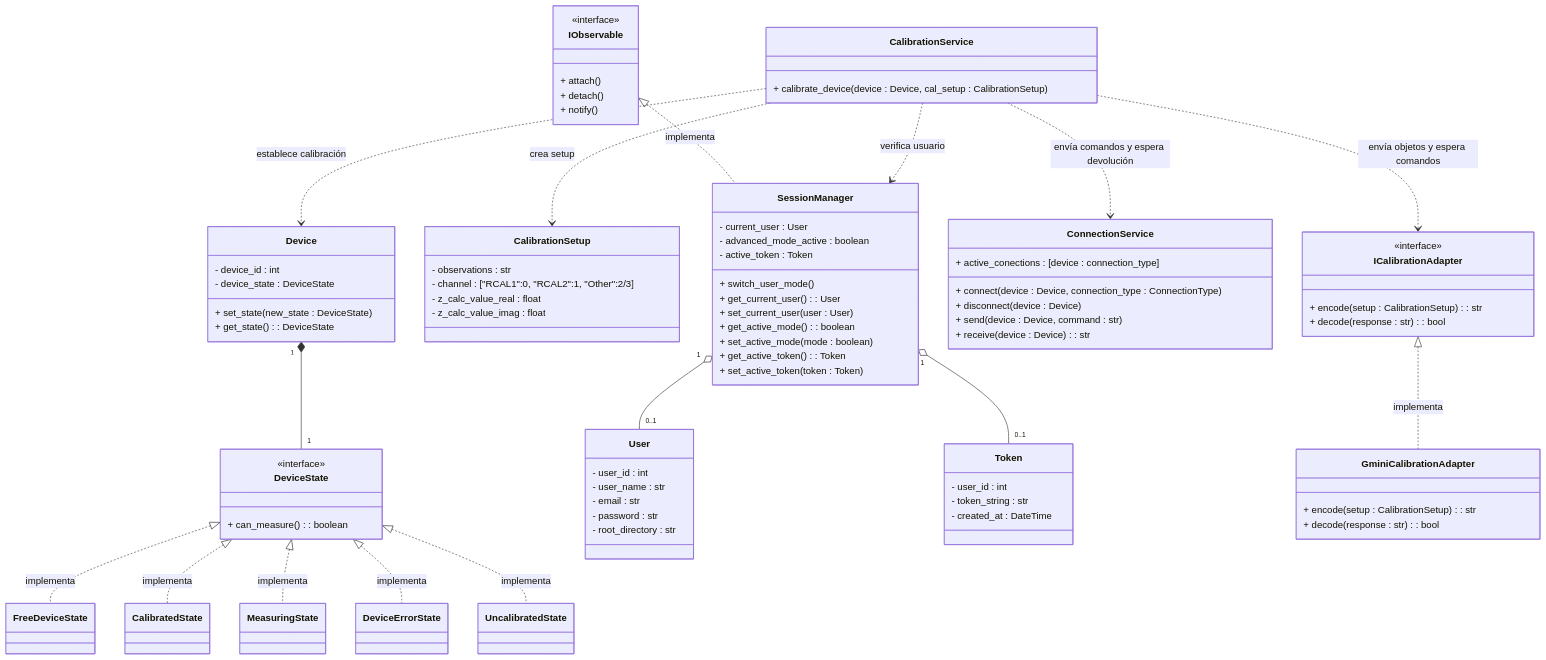
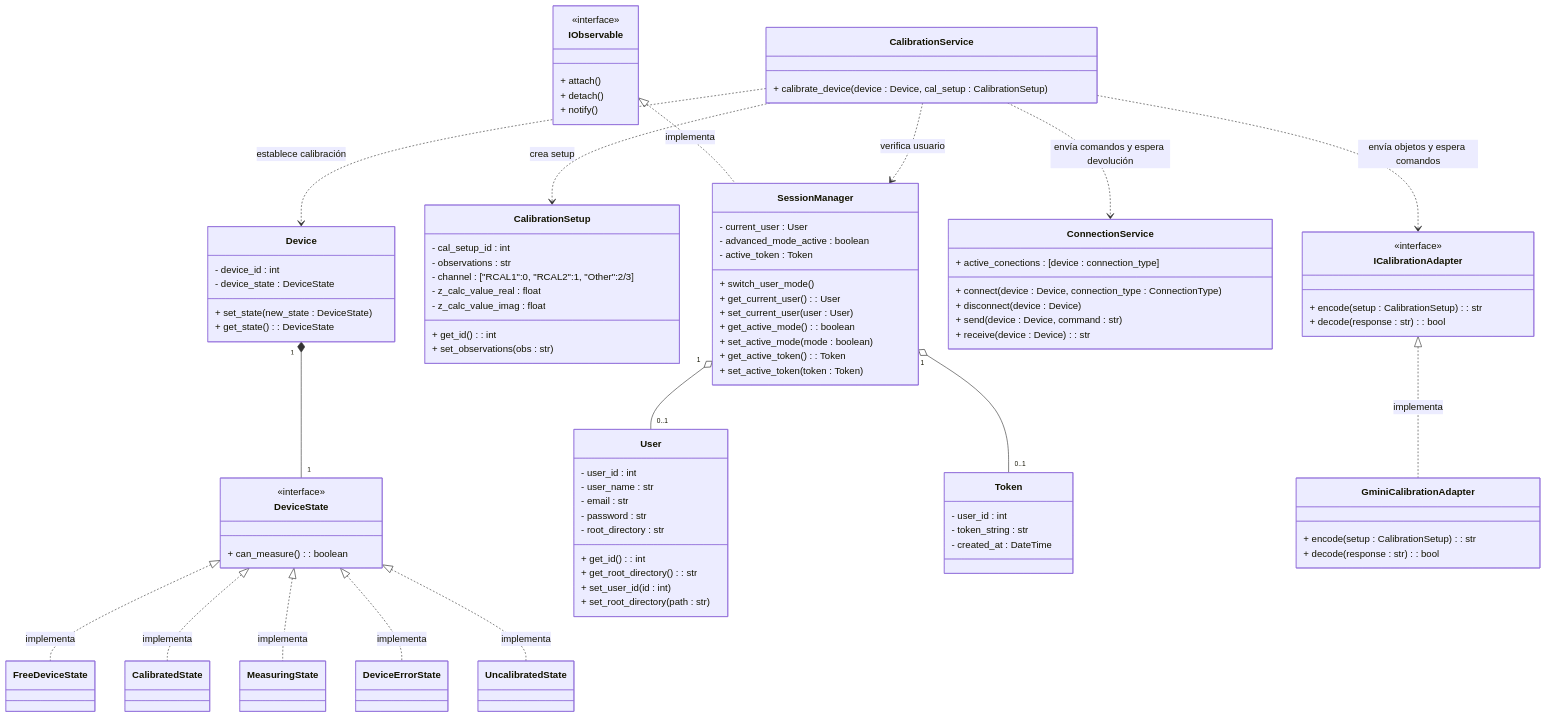
One commit to alegrelias/Repo-GMini changed diagram 23 of 33 in Gmini-MarkDown/Guanaco Mini.md. Above: the diagram before and after it, drawn with Mermaid. The commit also changed other lines of this file, not shown here.

```diff
--- a/Gmini-MarkDown/Guanaco Mini.md
+++ b/Gmini-MarkDown/Guanaco Mini.md
@@ -1969,14 +1728,26 @@
 	- email : str
 	- password : str
 	- root_directory : str
+	%% getters
+	+ get_id() : int
+	+ get_root_directory() : str
 	
+	%% setters
+	+ set_user_id(id : int)
+	+ set_root_directory(path : str)
 }
 
 class CalibrationSetup{
+	- cal_setup_id : int
 	- observations : str
 	- channel : ["RCAL1":0, "RCAL2":1, "Other":2/3]
 	- z_calc_value_real : float
 	- z_calc_value_imag : float
+	%% getters
+	+ get_id() : int
+	
+	%% setters
+	+ set_observations(obs : str)
 }
 
 class Device{
```
